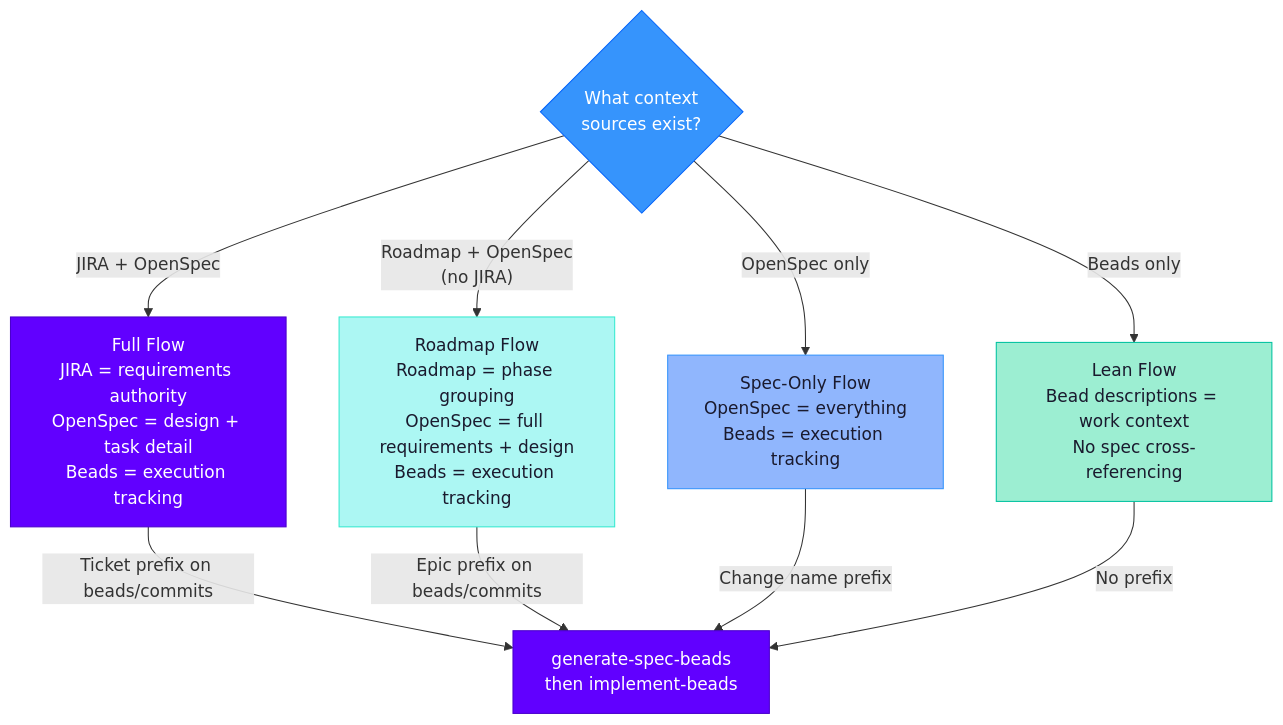
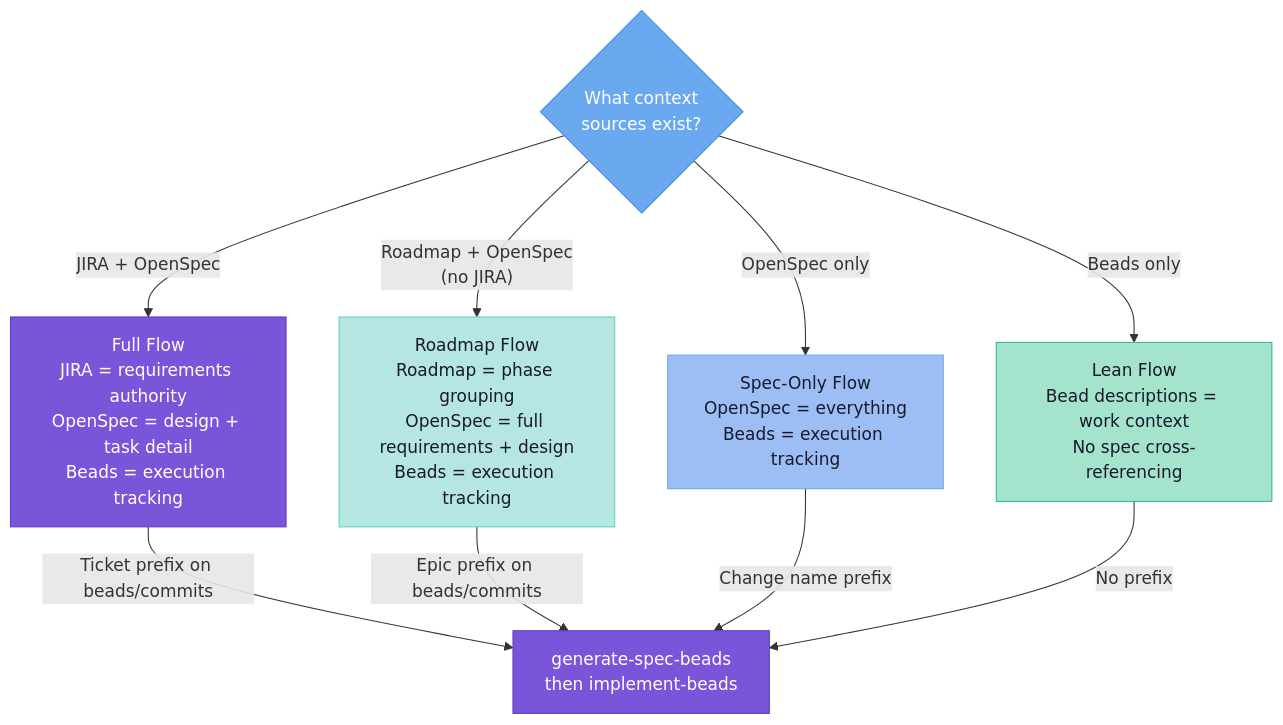
One commit to Sand2Silicon/sand2silicon-agentic-skills changed the fifth of 5 diagrams in plugins/sdd-workflow/README.md. Above: the diagram before and after it, drawn with Mermaid. The commit also changed other lines of this file, not shown here.

````diff
--- a/plugins/sdd-workflow/README.md
+++ b/plugins/sdd-workflow/README.md
@@ -325,21 +359,21 @@
 ```mermaid
 flowchart TD
-    classDef decision fill:#3694fc,stroke:#0263fb,color:#fff
-    classDef full fill:#6100ff,stroke:#4a00cc,color:#fff
-    classDef road fill:#acf7f3,stroke:#36ead0,color:#1a1a2e
-    classDef spec fill:#90b6fd,stroke:#3694fc,color:#1a1a2e
-    classDef lean fill:#9ceed2,stroke:#00c2a0,color:#1a1a2e
-    classDef exec fill:#6100ff,stroke:#4a00cc,color:#fff
+    classDef decision fill:#6aa8f0,stroke:#4a8bd4,color:#fff
+    classDef full fill:#7a54d9,stroke:#5e3dbf,color:#fff
+    classDef road fill:#b5e6e2,stroke:#5ecfc5,color:#1a1a2e
+    classDef spec fill:#9cbef5,stroke:#6aa8f0,color:#1a1a2e
+    classDef lean fill:#a5e4cc,stroke:#32b898,color:#1a1a2e
+    classDef exec fill:#7a54d9,stroke:#5e3dbf,color:#fff
 
     START{What context<br/>sources exist?}:::decision
 
     START -->|"JIRA + OpenSpec"| FULL["Full Flow<br/>JIRA = requirements authority<br/>OpenSpec = design + task detail<br/>Beads = execution tracking"]:::full
     START -->|"Roadmap + OpenSpec<br/>(no JIRA)"| ROAD["Roadmap Flow<br/>Roadmap = phase grouping<br/>OpenSpec = full requirements + design<br/>Beads = execution tracking"]:::road
     START -->|"OpenSpec only"| SPEC["Spec-Only Flow<br/>OpenSpec = everything<br/>Beads = execution tracking"]:::spec
     START -->|"Beads only"| LEAN["Lean Flow<br/>Bead descriptions = work context<br/>No spec cross-referencing"]:::lean
 
     FULL -->|"Ticket prefix on beads/commits"| EXEC["generate-spec-beads<br/>then implement-beads"]:::exec
     ROAD -->|"Epic prefix on beads/commits"| EXEC
     SPEC -->|"Change name prefix"| EXEC
     LEAN -->|"No prefix"| EXEC
 ```
````
